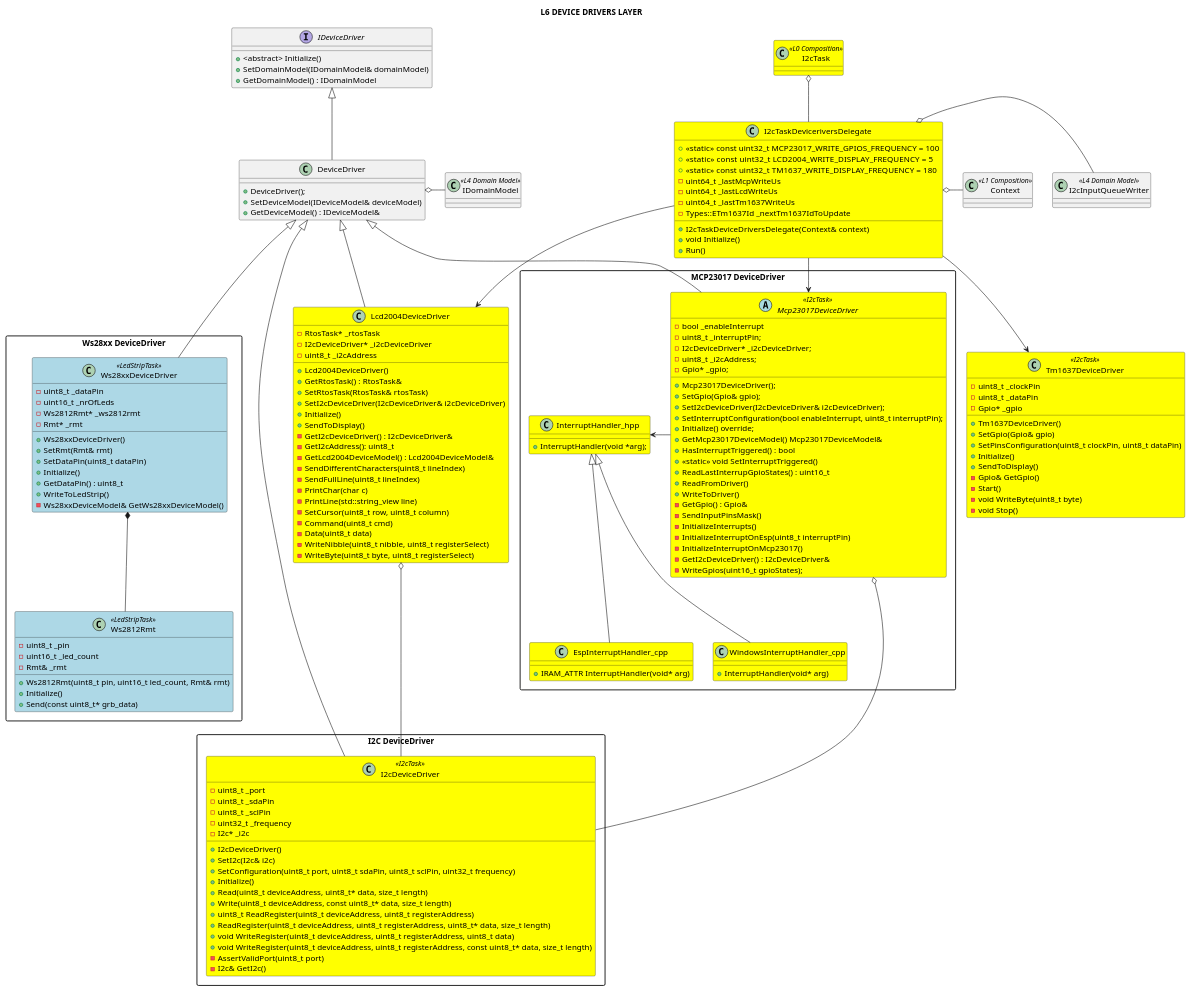
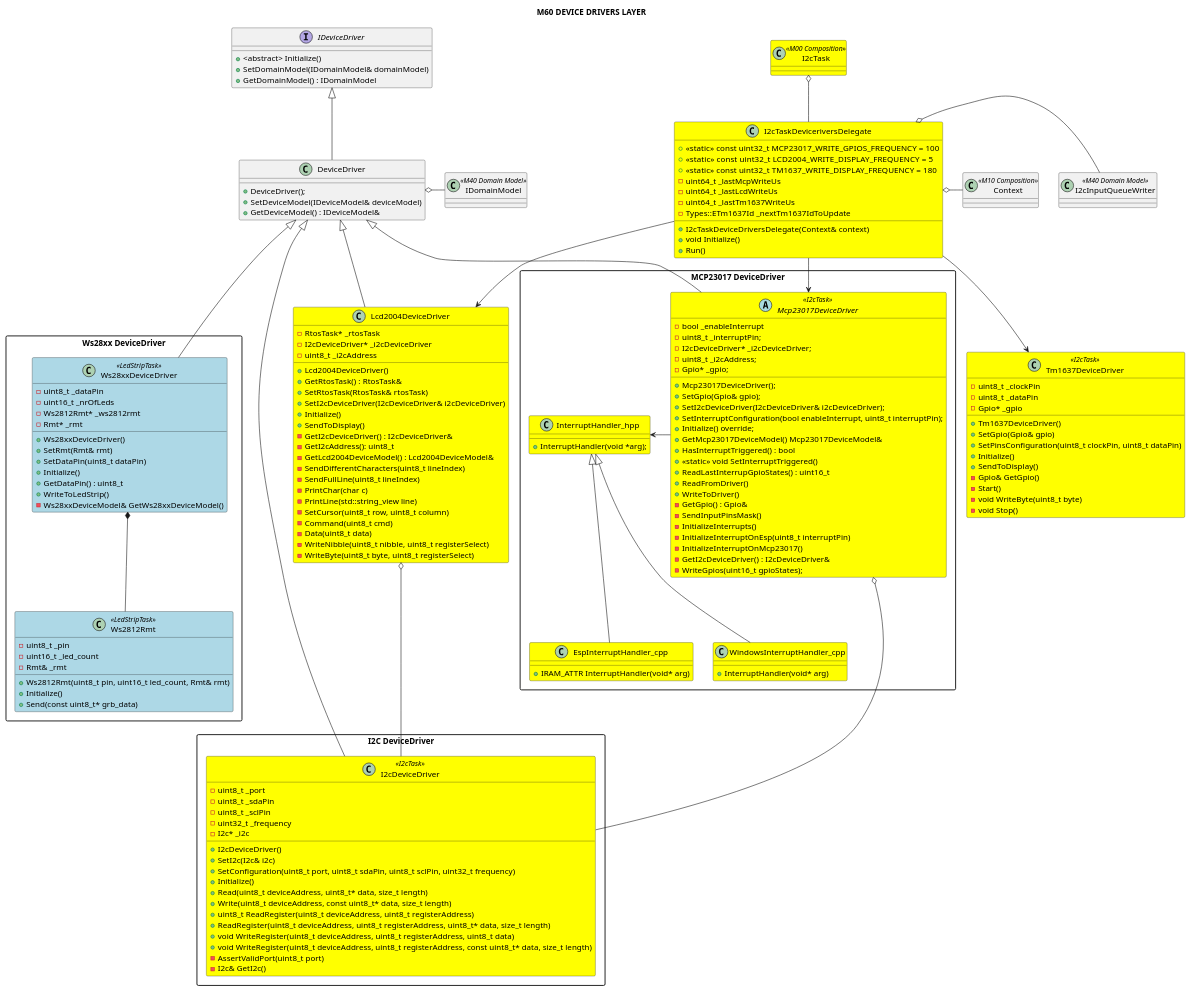
Before and after one commit to michelkeijzers/fraxis: the diagram in Docs/Software Design/Layers/L6_device_drivers_layer.puml, drawn with PlantUML. The commit also changed 398 other files, not shown here.

```diff
--- a/Docs/Software Design/Layers/L6_device_drivers_layer.puml
+++ b/Docs/Software Design/Layers/L6_device_drivers_layer.puml
@@ -1,11 +1,11 @@
 @startuml
 
-title L6 DEVICE DRIVERS LAYER
+title M60 DEVICE DRIVERS LAYER
 
 skinparam packageStyle rectangle
 skinparam lineThickness 2
 
-class IDomainModel <<L4 Domain Model>> {}
+class IDomainModel <<M40 Domain Model>> {}
 
 interface IDeviceDriver
 {
@@ -179,7 +179,7 @@
     - Gpio* _gpio
 }
 
-class I2cTask <<L0 Composition>> #yellow {}
+class I2cTask <<M00 Composition>> #yellow {}
 
 class I2cTaskDeviceriversDelegate #yellow
 {
@@ -195,8 +195,8 @@
     - Types::ETm1637Id _nextTm1637IdToUpdate
 }
 
-class I2cInputQueueWriter <<L4 Domain Model>>
-class Context <<L1 Composition>> 
+class I2cInputQueueWriter <<M40 Domain Model>>
+class Context <<M10 Composition>> 
 I2cTaskDeviceriversDelegate  o- Context
 I2cTaskDeviceriversDelegate  o- I2cInputQueueWriter
 
```
